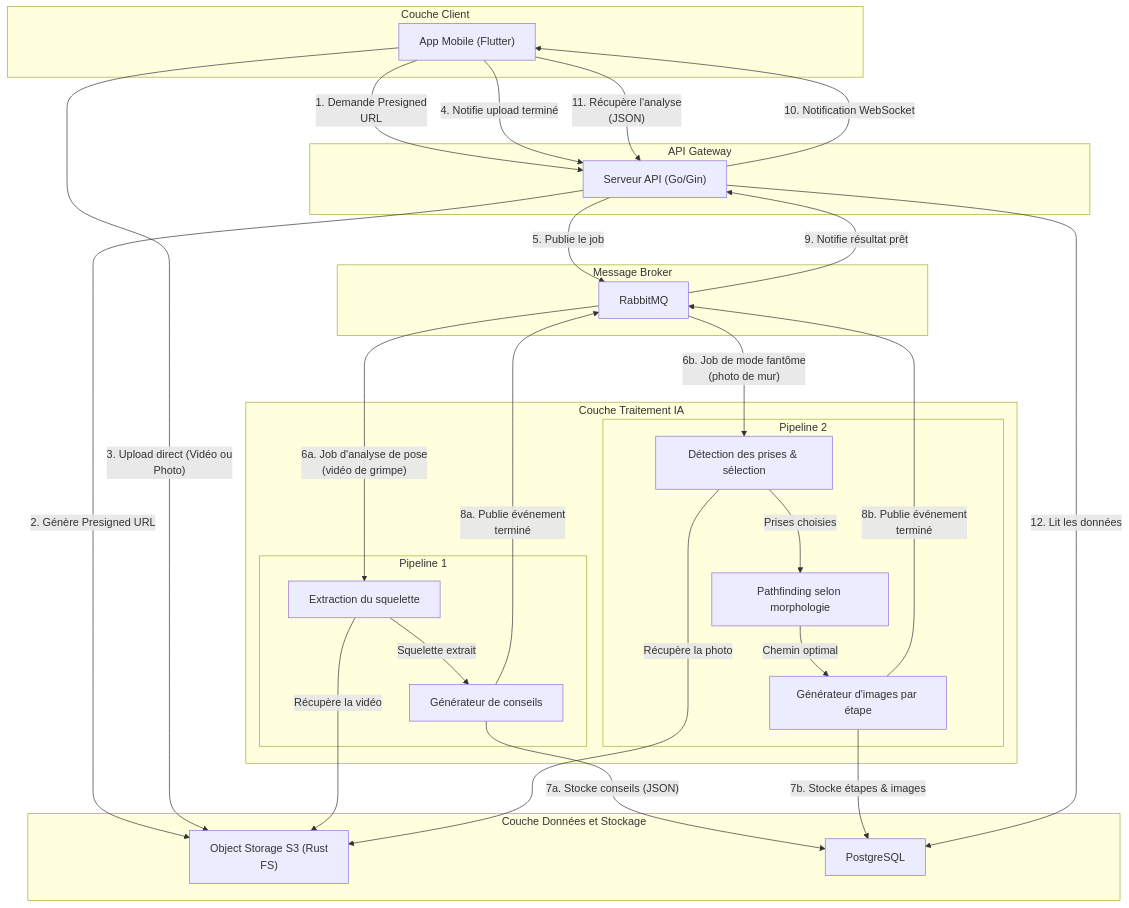
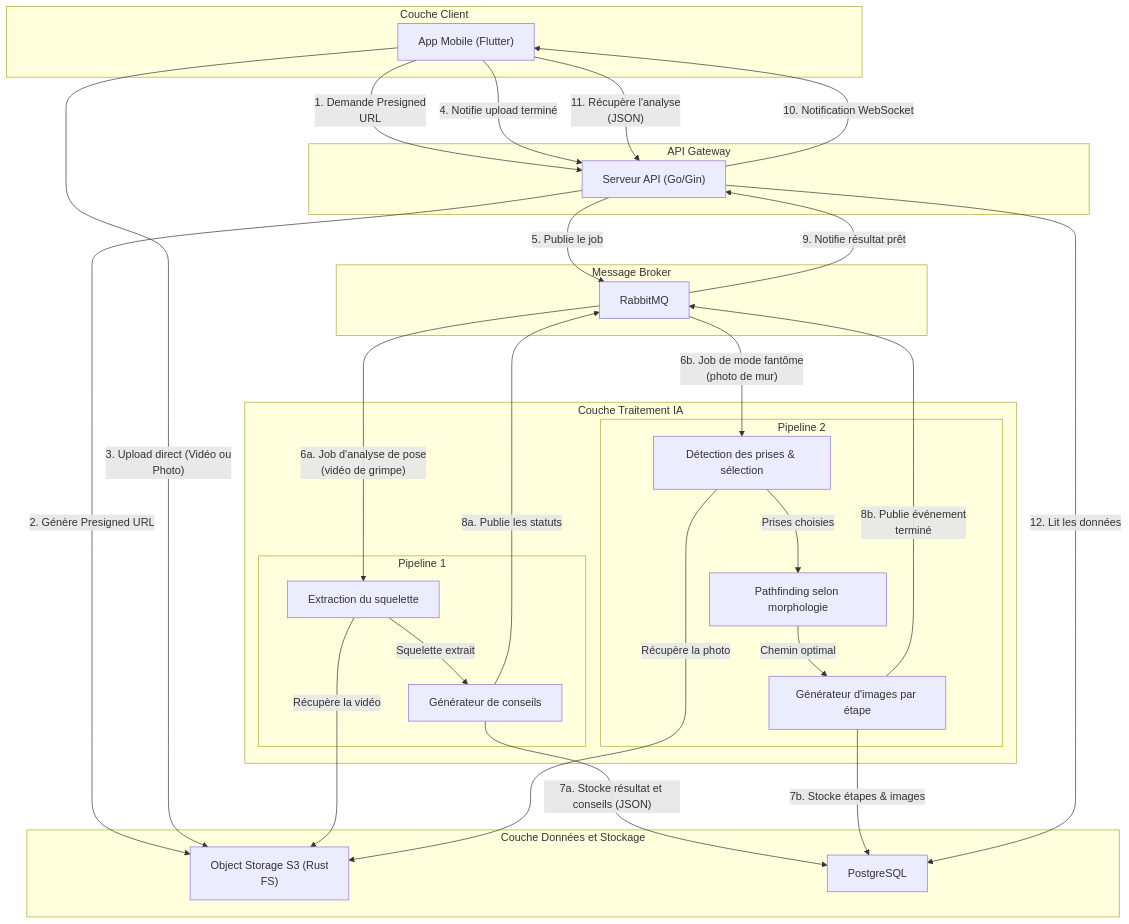
One commit to Ascension-EIP/Ascension changed the diagram in docs/Ascension/developer/apps/ai/overview.md. Above: the diagram before and after it, drawn with Mermaid. The commit also changed other lines of this file and 68 other files, not shown here.

First line of the commit message:
feat: unit tests for pose advice, movements, PostgreSQL operations, RustFS service, and schemas

````diff
--- a/docs/Ascension/developer/apps/ai/overview.md
+++ b/docs/Ascension/developer/apps/ai/overview.md
@@ -11,57 +43,57 @@
 ```mermaid
 flowchart TD
     subgraph Client ["Couche Client"]
         App["App Mobile (Flutter)"]
     end
 
     subgraph Gateway ["API Gateway"]
         API["Serveur API (Go/Gin)"]
     end
 
     subgraph Broker ["Message Broker"]
         RMQ["RabbitMQ"]
     end
 
     subgraph IA ["Couche Traitement IA"]
         subgraph P1 ["Pipeline 1"]
             ExtSkel["Extraction du squelette"]
             GenCons["Générateur de conseils"]
             ExtSkel -->|"Squelette extrait"| GenCons
         end
 
         subgraph P2 ["Pipeline 2"]
             ExtPrises["Détection des prises & sélection"]
             RechChemin["Pathfinding selon morphologie"]
             GenFantome["Générateur d'images par étape"]
             ExtPrises -->|"Prises choisies"| RechChemin
             RechChemin -->|"Chemin optimal"| GenFantome
         end
     end
 
     subgraph Data ["Couche Données et Stockage"]
         S3["Object Storage S3 (Rust<br/>FS)"]
         PG["PostgreSQL"]
     end
 
     %% Flux de communication (1 à 12)
     App -->|"1. Demande Presigned<br/>URL"| API
     API -->|"2. Génère Presigned URL"| S3
     App -->|"3. Upload direct (Vidéo ou<br/>Photo)"| S3
     App -->|"4. Notifie upload terminé"| API
     API -->|"5. Publie le job"| RMQ
 
     RMQ -->|"6a. Job d'analyse de pose<br/>(vidéo de grimpe)"| ExtSkel
     ExtSkel -->|"Récupère la vidéo"| S3
-    GenCons -->|"7a. Stocke conseils (JSON)"| PG
-    GenCons -->|"8a. Publie événement<br/>terminé"| RMQ
+    GenCons -->|"7a. Stocke résultat et conseils (JSON)"| PG
+    GenCons -->|"8a. Publie les statuts"| RMQ
 
     RMQ -->|"6b. Job de mode fantôme<br/>(photo de mur)"| ExtPrises
     ExtPrises -->|"Récupère la photo"| S3
     GenFantome -->|"7b. Stocke étapes & images"| PG
     GenFantome -->|"8b. Publie événement<br/>terminé"| RMQ
 
     RMQ -->|"9. Notifie résultat prêt"| API
     API -->|"10. Notification WebSocket"| App
     App -->|"11. Récupère l'analyse<br/>(JSON)"| API
     API -->|"12. Lit les données"| PG
 ```
````
